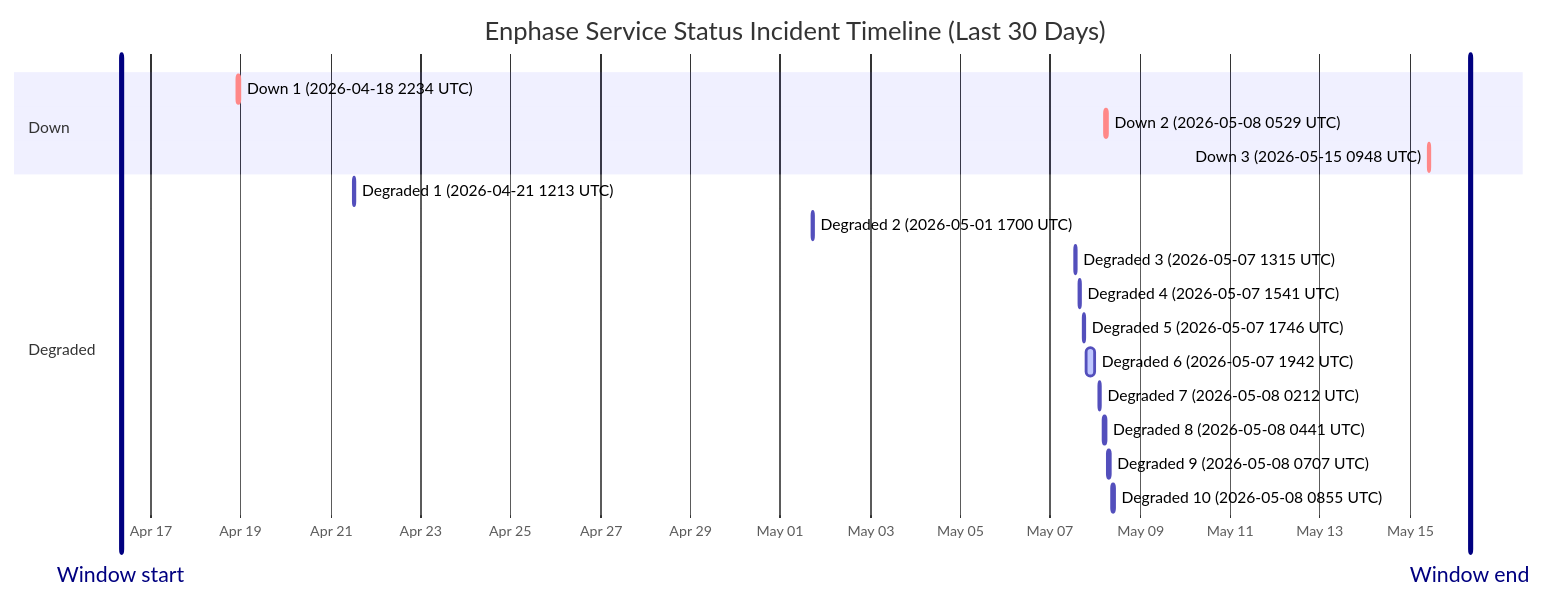
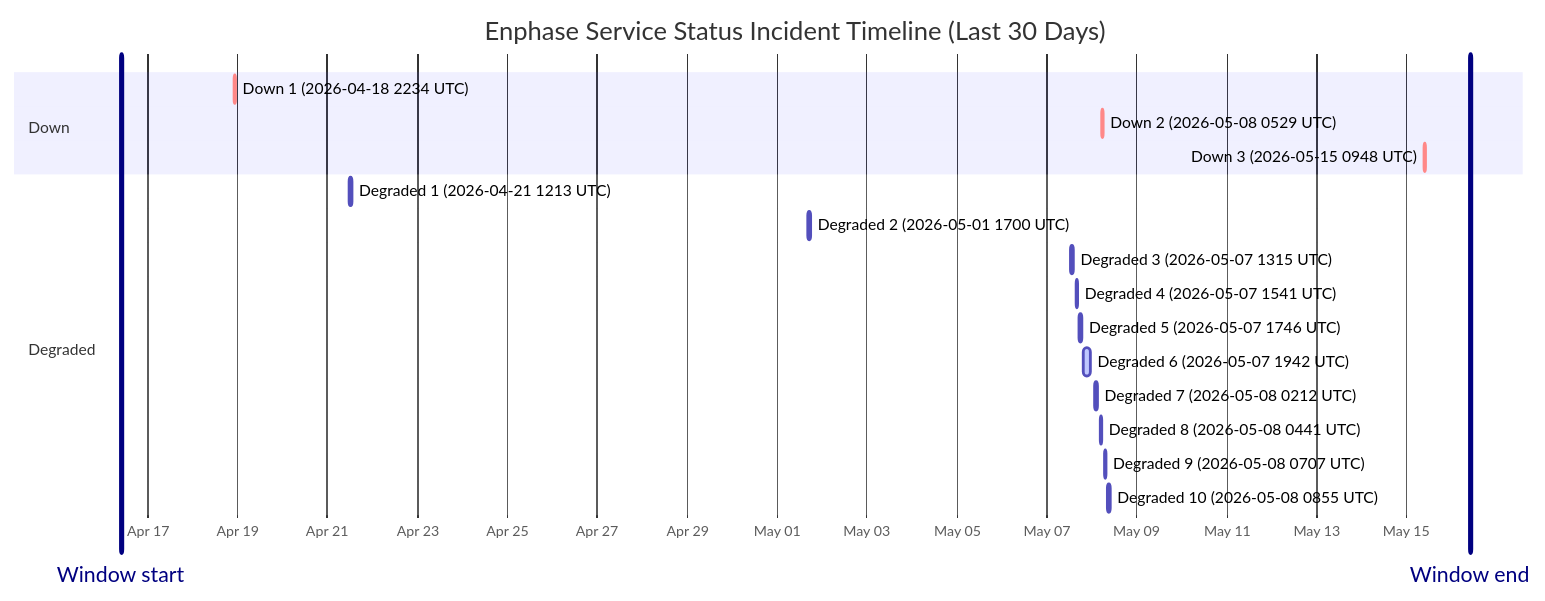
The diagram in wiki/Service-Status-History.md (barneyonline/ha-enphase-ev-charger), drawn with Mermaid before and after one commit. The commit also changed other lines of this file and 3 other files, not shown here.

````diff
--- a/wiki/Service-Status-History.md
+++ b/wiki/Service-Status-History.md
@@ -14,23 +14,23 @@
 ```mermaid
 gantt
     title Enphase Service Status Incident Timeline (Last 30 Days)
     dateFormat  YYYY-MM-DDTHH:mm:ss
     axisFormat  %b %d
-    Window start :vert, window-start, 2026-04-16T08:02:50, 0ms
-    Window end :vert, window-end, 2026-05-16T08:02:50, 0ms
+    Window start :vert, window-start, 2026-04-16T09:55:32, 0ms
+    Window end :vert, window-end, 2026-05-16T09:55:32, 0ms
     section Down
     Down 1 (2026-04-18 2234 UTC) :crit, down-1, 2026-04-18T22:34:13, 60m
     Down 2 (2026-05-08 0529 UTC) :crit, down-2, 2026-05-08T05:29:47, 60m
     Down 3 (2026-05-15 0948 UTC) :crit, down-3, 2026-05-15T09:48:18, 60m
     section Degraded
     Degraded 1 (2026-04-21 1213 UTC) :active, degraded-1, 2026-04-21T12:13:11, 60m
     Degraded 2 (2026-05-01 1700 UTC) :active, degraded-2, 2026-05-01T17:00:22, 60m
     Degraded 3 (2026-05-07 1315 UTC) :active, degraded-3, 2026-05-07T13:15:25, 60m
     Degraded 4 (2026-05-07 1541 UTC) :active, degraded-4, 2026-05-07T15:41:58, 60m
     Degraded 5 (2026-05-07 1746 UTC) :active, degraded-5, 2026-05-07T17:46:51, 60m
     Degraded 6 (2026-05-07 1942 UTC) :active, degraded-6, 2026-05-07T19:42:10, 249m
     Degraded 7 (2026-05-08 0212 UTC) :active, degraded-7, 2026-05-08T02:12:39, 60m
     Degraded 8 (2026-05-08 0441 UTC) :active, degraded-8, 2026-05-08T04:41:46, 60m
     Degraded 9 (2026-05-08 0707 UTC) :active, degraded-9, 2026-05-08T07:07:30, 60m
     Degraded 10 (2026-05-08 0855 UTC) :active, degraded-10, 2026-05-08T08:55:20, 88m
 ```
````
